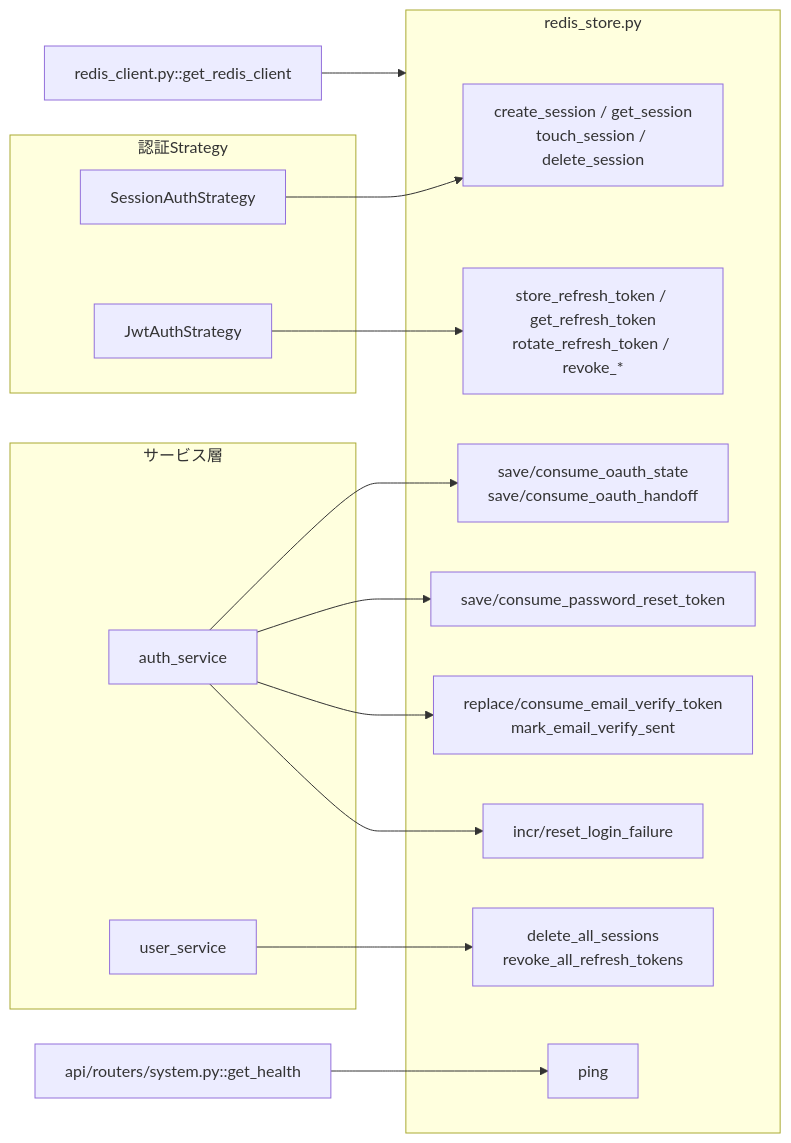
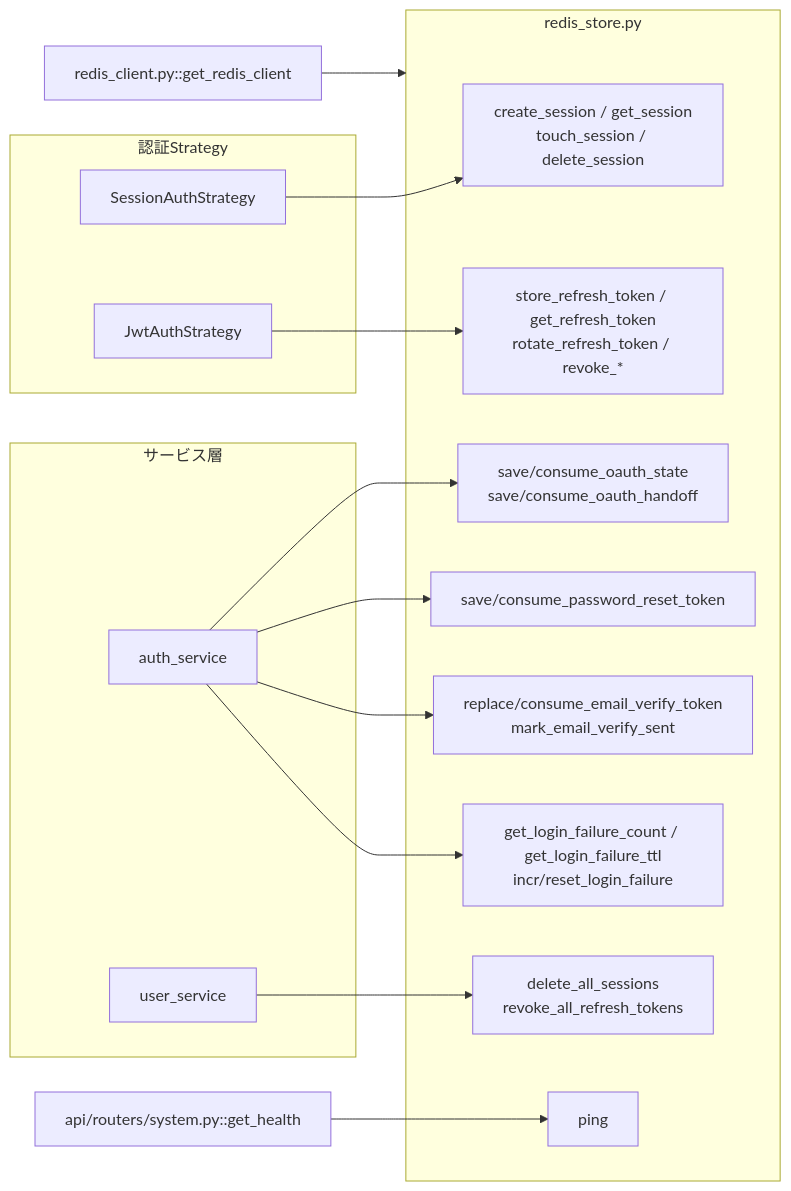
Before and after one commit to oikawa-d/task_management: the fourth of 4 diagrams in docs/detailed_design/auth/08_redis_store.md, drawn with Mermaid. The commit also changed other lines of this file and 3 other files, not shown here.

````diff
--- a/docs/detailed_design/auth/08_redis_store.md
+++ b/docs/detailed_design/auth/08_redis_store.md
@@ -217,31 +219,31 @@
 ```mermaid
 flowchart LR
     subgraph strategy["認証Strategy"]
         SESS["SessionAuthStrategy"]
         JWTS["JwtAuthStrategy"]
     end
     subgraph service["サービス層"]
         AS["auth_service"]
         US["user_service"]
     end
     subgraph store["redis_store.py"]
         F1["create_session / get_session<br/>touch_session / delete_session"]
         F2["store_refresh_token / get_refresh_token<br/>rotate_refresh_token / revoke_*"]
         F3["save/consume_oauth_state<br/>save/consume_oauth_handoff"]
         F4["save/consume_password_reset_token"]
         F5["replace/consume_email_verify_token<br/>mark_email_verify_sent"]
-        F6["incr/reset_login_failure"]
+        F6["get_login_failure_count / get_login_failure_ttl<br/>incr/reset_login_failure"]
         F7["delete_all_sessions<br/>revoke_all_refresh_tokens"]
         F8["ping"]
     end
     CLIENT["redis_client.py::get_redis_client"] --> store
 
     SESS --> F1
     JWTS --> F2
     AS --> F3
     AS --> F4
     AS --> F5
     AS --> F6
     US --> F7
     HEALTH["api/routers/system.py::get_health"] --> F8
 ```
````
